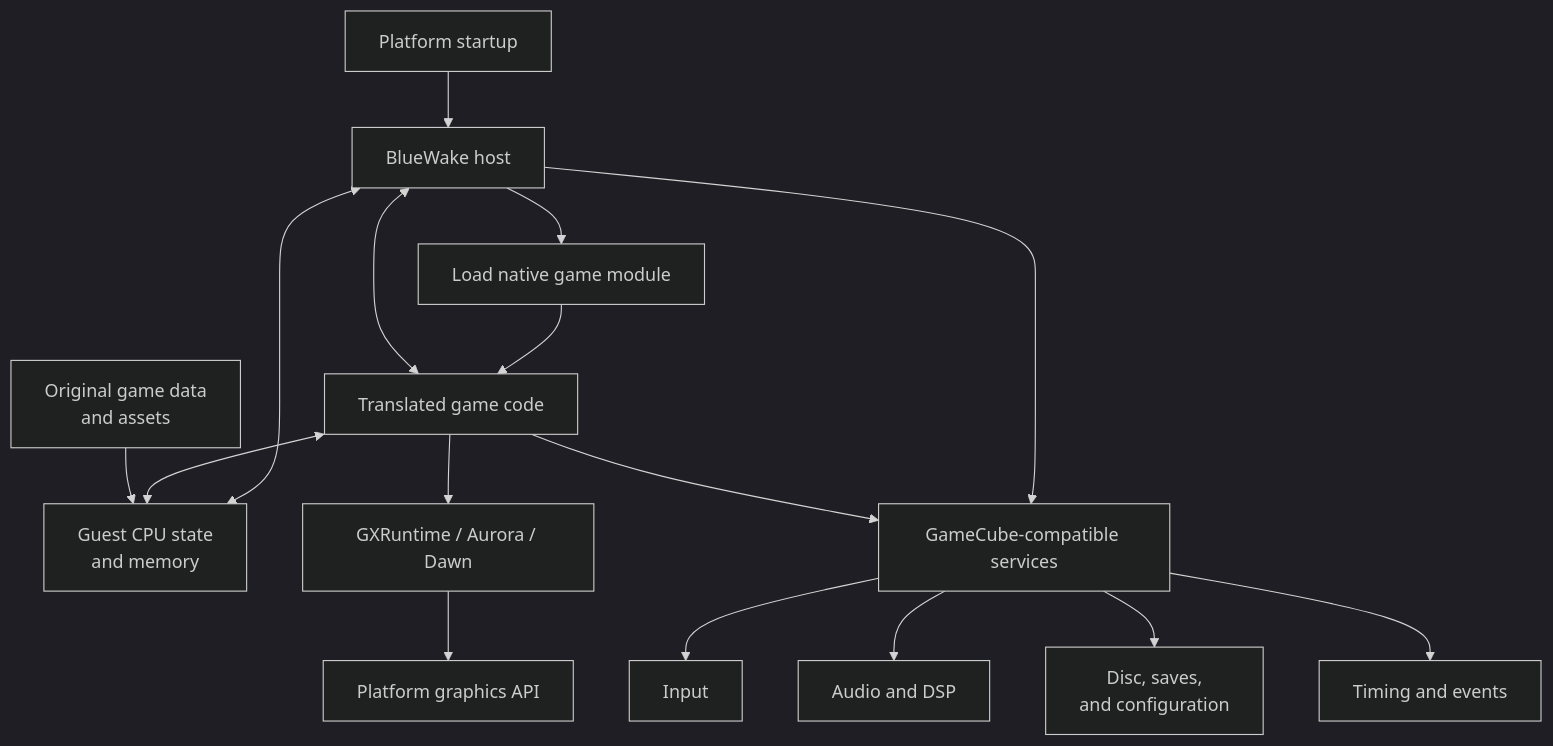
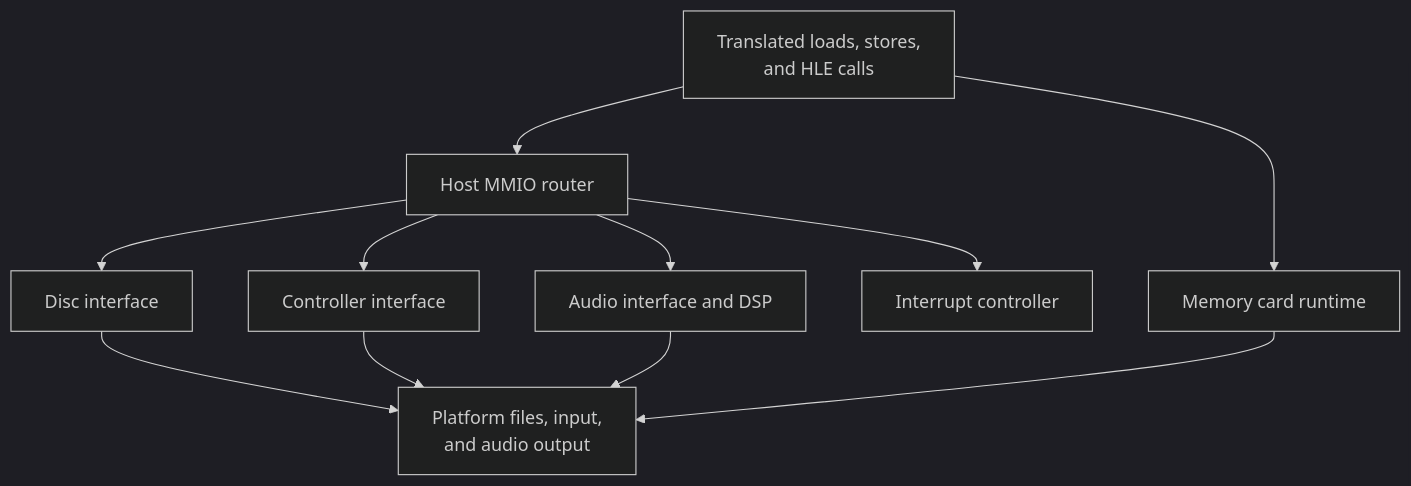
Before and after one commit to Aelbannan/boat_of_daphnes: the sixth of 8 diagrams in docs/architecture/Runtime.md, drawn with Mermaid (dark theme). The commit also changed other lines of this file and 1 other file, not shown here.

Commit message:
docs: detail runtime architecture

````diff
--- a/docs/architecture/Runtime.md
+++ b/docs/architecture/Runtime.md
@@ -24,29 +298,22 @@
 ```mermaid
 flowchart TD
-    Startup["Platform startup"]
-    Host["BlueWake host"]
-    Load["Load native game module"]
-    Game["Translated game code"]
-    Guest["Guest CPU state<br/>and memory"]
-    Services["GameCube-compatible services"]
-    Input["Input"]
-    Audio["Audio and DSP"]
-    Storage["Disc, saves,<br/>and configuration"]
-    Timing["Timing and events"]
-    Graphics["GXRuntime / Aurora / Dawn"]
-    Platform["Platform graphics API"]
-    Assets["Original game data<br/>and assets"]
+    Game["Translated loads, stores,<br/>and HLE calls"]
+    MMIO["Host MMIO router"]
+    DI["Disc interface"]
+    SI["Controller interface"]
+    AI["Audio interface and DSP"]
+    PI["Interrupt controller"]
+    Card["Memory card runtime"]
+    Platform["Platform files, input,<br/>and audio output"]
 
-    Startup --> Host --> Load --> Game
-    Host <--> Game
-    Host <--> Guest
-    Game <--> Guest
-    Host --> Services
-    Game --> Services
-    Services --> Input
-    Services --> Audio
-    Services --> Storage
-    Services --> Timing
-    Game --> Graphics --> Platform
-    Assets --> Guest
+    Game --> MMIO
+    MMIO --> DI
+    MMIO --> SI
+    MMIO --> AI
+    MMIO --> PI
+    Game --> Card
+    DI --> Platform
+    SI --> Platform
+    AI --> Platform
+    Card --> Platform
 ```
````
